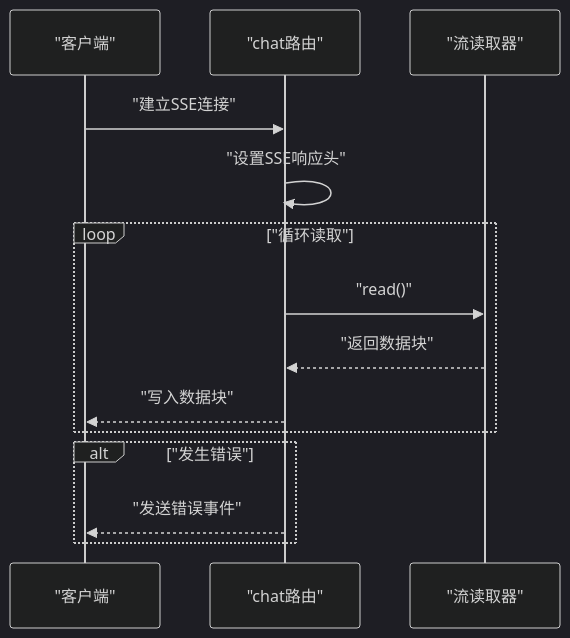
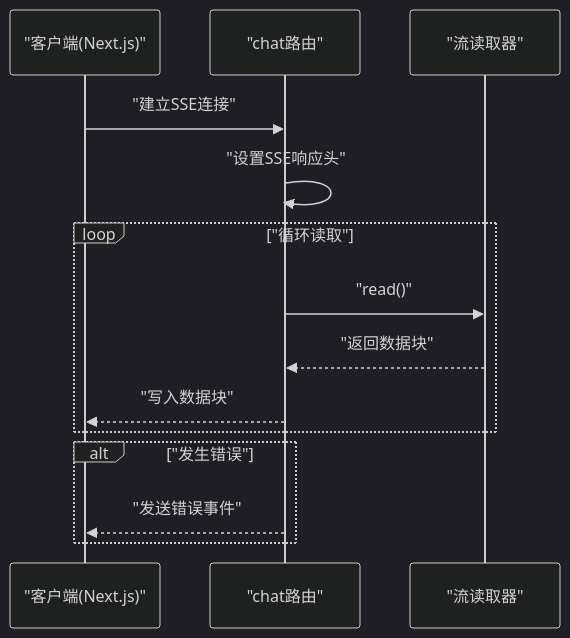
Before and after one commit to aHin0805/FH6CarSettingAgent: the sixth of 7 diagrams in .qoder/repowiki/zh/content/AI集成模块/AI集成模块.md, drawn with Mermaid (dark theme). The commit also changed other lines of this file and 12 other files, not shown here.

````diff
--- a/.qoder/repowiki/zh/content/AI集成模块/AI集成模块.md
+++ b/.qoder/repowiki/zh/content/AI集成模块/AI集成模块.md
@@ -238,16 +239,16 @@
 ```mermaid
 sequenceDiagram
-participant Client as "客户端"
+participant Client as "客户端(Next.js)"
 participant Route as "chat路由"
 participant Reader as "流读取器"
 Client->>Route : "建立SSE连接"
 Route->>Route : "设置SSE响应头"
 loop "循环读取"
 Route->>Reader : "read()"
 Reader-->>Route : "返回数据块"
 Route-->>Client : "写入数据块"
 end
 alt "发生错误"
 Route-->>Client : "发送错误事件"
 end
 ```
````
